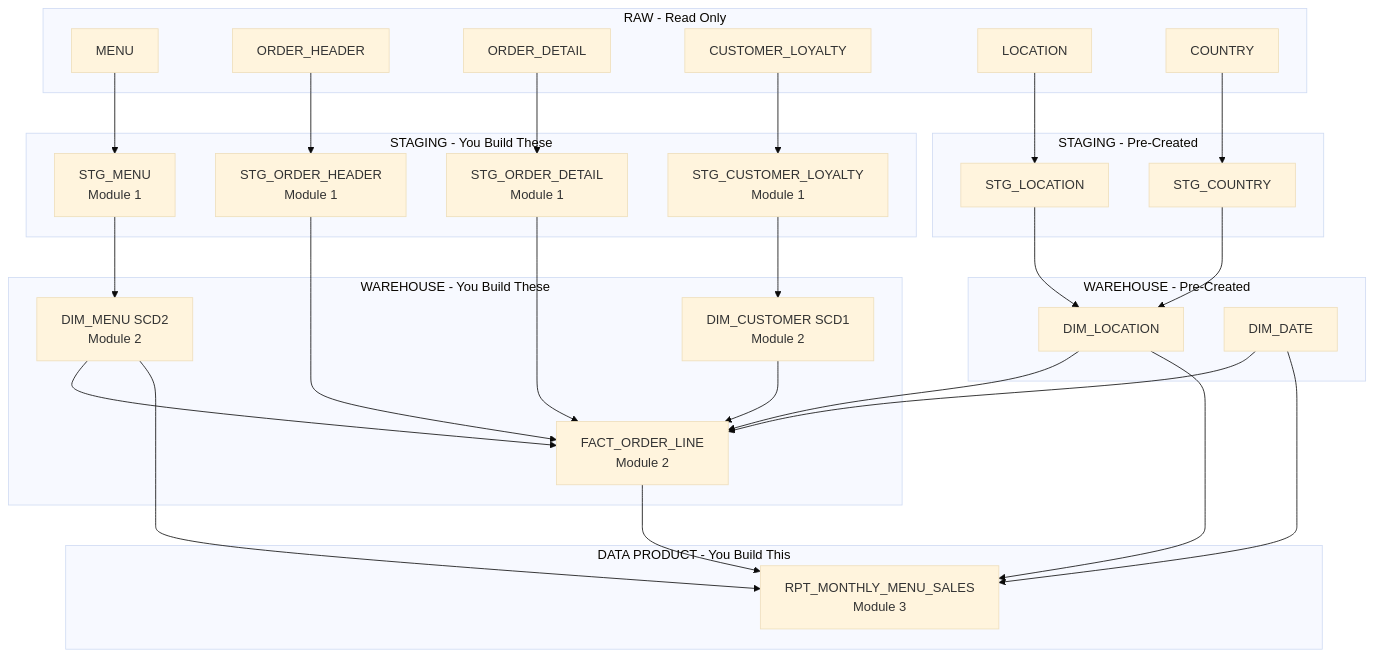
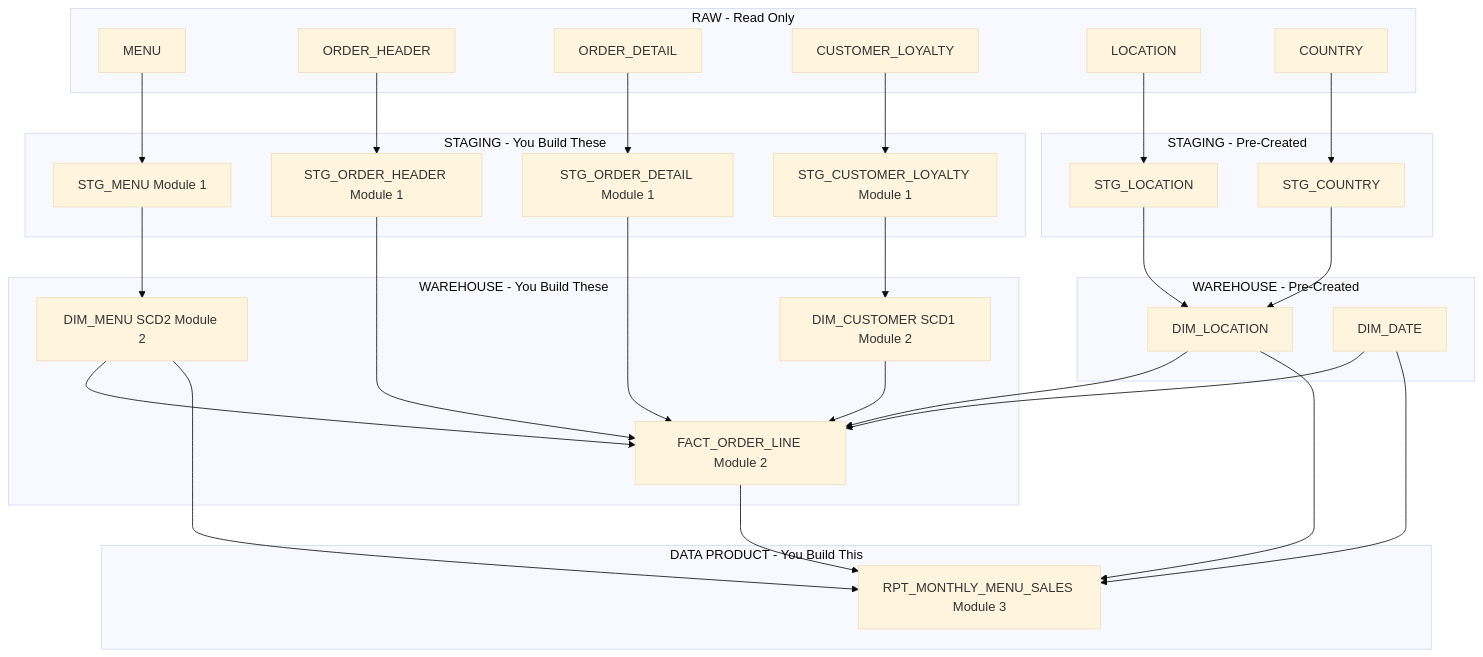
Before and after one commit to hindcraig3/snowflake-de-exercisev2: the third of 3 diagrams in exercises/00_background.md, drawn with Mermaid (base theme). The commit also changed other lines of this file and 5 other files, not shown here.

````diff
--- a/exercises/00_background.md
+++ b/exercises/00_background.md
@@ -99,51 +99,51 @@
 ```mermaid
 
 flowchart TD
   subgraph rawLayer [RAW - Read Only]
     MENU_RAW["MENU"]
     OH_RAW["ORDER_HEADER"]
     OD_RAW["ORDER_DETAIL"]
     CL_RAW["CUSTOMER_LOYALTY"]
     LOC_RAW["LOCATION"]
     COUNTRY_RAW["COUNTRY"]
   end
 
   subgraph stagingLayer [STAGING - You Build These]
-    STG_MENU["STG_MENU\nModule 1"]
-    STG_OH["STG_ORDER_HEADER\nModule 1"]
-    STG_OD["STG_ORDER_DETAIL\nModule 1"]
-    STG_CL["STG_CUSTOMER_LOYALTY\nModule 1"]
+    STG_MENU["STG_MENU Module 1"]
+    STG_OH["STG_ORDER_HEADER Module 1"]
+    STG_OD["STG_ORDER_DETAIL Module 1"]
+    STG_CL["STG_CUSTOMER_LOYALTY Module 1"]
   end
 
   subgraph stagingPre [STAGING - Pre-Created]
     STG_LOC["STG_LOCATION"]
     STG_COUNTRY["STG_COUNTRY"]
   end
 
   subgraph whLayer [WAREHOUSE - You Build These]
-    DIM_MENU["DIM_MENU SCD2\nModule 2"]
-    DIM_CUST["DIM_CUSTOMER SCD1\nModule 2"]
-    FACT["FACT_ORDER_LINE\nModule 2"]
+    DIM_MENU["DIM_MENU SCD2 Module 2"]
+    DIM_CUST["DIM_CUSTOMER SCD1 Module 2"]
+    FACT["FACT_ORDER_LINE Module 2"]
   end
 
   subgraph whPre [WAREHOUSE - Pre-Created]
     DIM_LOC["DIM_LOCATION"]
     DIM_DATE["DIM_DATE"]
   end
 
   subgraph dpLayer [DATA PRODUCT - You Build This]
-    RPT["RPT_MONTHLY_MENU_SALES\nModule 3"]
+    RPT["RPT_MONTHLY_MENU_SALES Module 3"]
   end
 
   MENU_RAW --> STG_MENU --> DIM_MENU --> FACT
   OH_RAW --> STG_OH --> FACT
   OD_RAW --> STG_OD --> FACT
   CL_RAW --> STG_CL --> DIM_CUST --> FACT
   LOC_RAW --> STG_LOC --> DIM_LOC --> FACT
   COUNTRY_RAW --> STG_COUNTRY --> DIM_LOC
   DIM_DATE --> FACT
   FACT --> RPT
   DIM_MENU --> RPT
   DIM_LOC --> RPT
   DIM_DATE --> RPT
 ```
````
